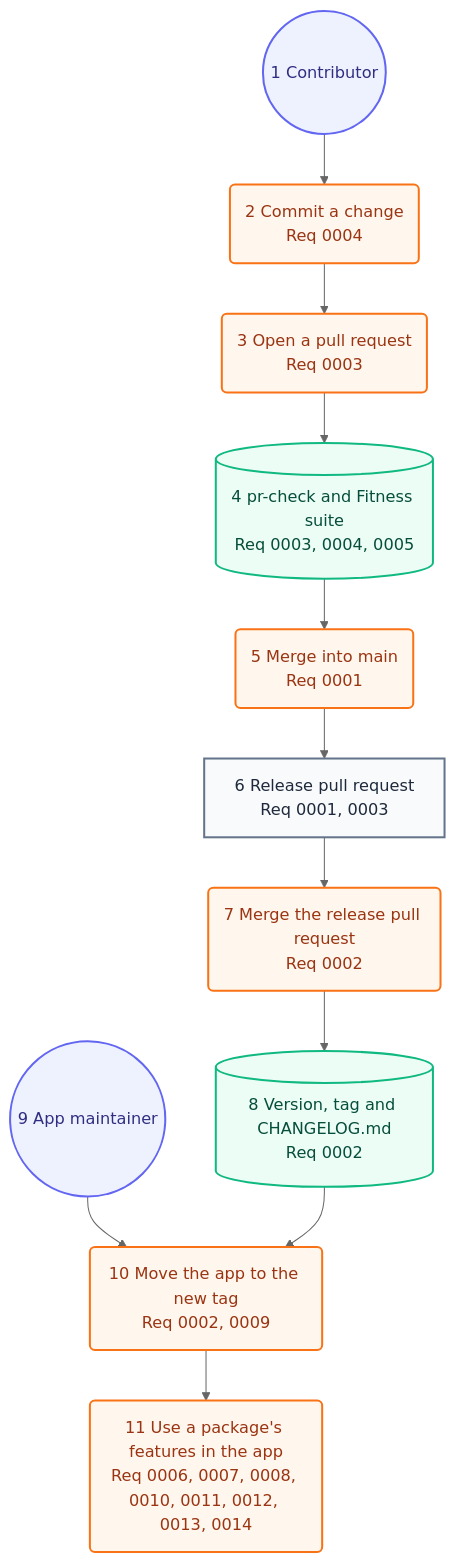
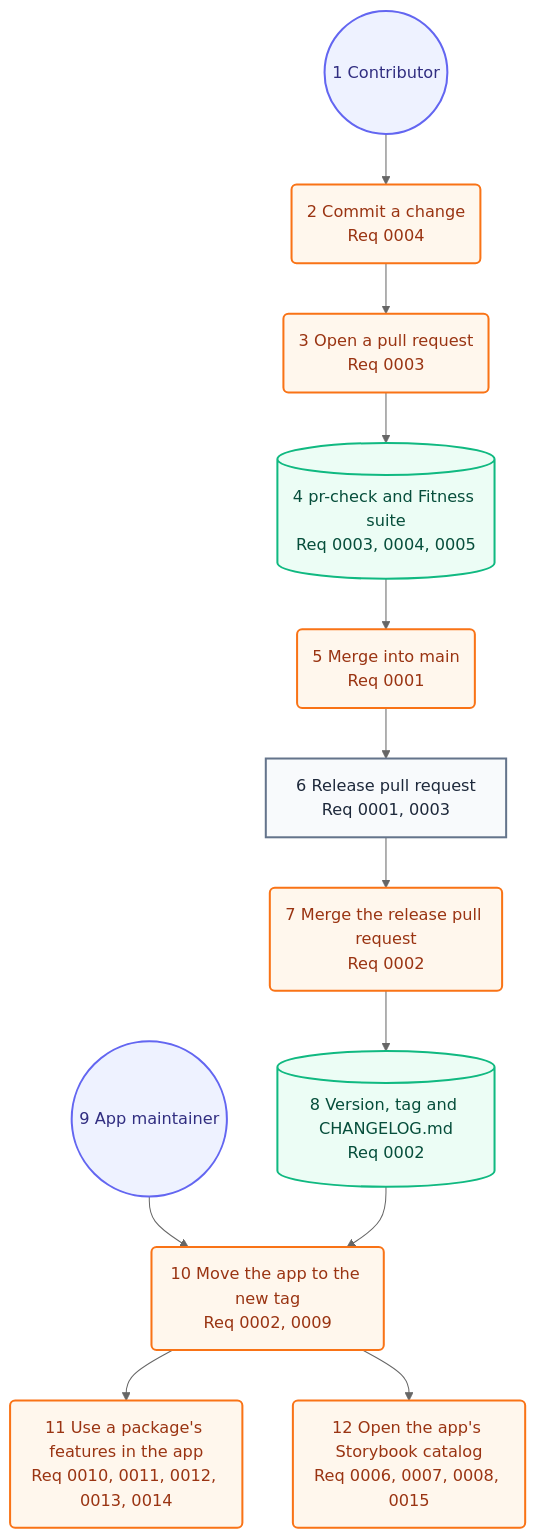
The second of 2 diagrams in docs/architecture/05-user-journey.md (may-journal/common-swift), drawn with Mermaid (neutral theme) before and after one commit. The commit also changed other lines of this file and 67 other files, not shown here.

````diff
--- a/docs/architecture/05-user-journey.md
+++ b/docs/architecture/05-user-journey.md
@@ -33,30 +33,32 @@
 ```mermaid
 flowchart TB
     contributor((1 Contributor)):::persona
     commit(2 Commit a change<br/>Req 0004):::action
     open(3 Open a pull request<br/>Req 0003):::action
     checks[(4 pr-check and Fitness suite<br/>Req 0003, 0004, 0005)]:::system
     merge(5 Merge into main<br/>Req 0001):::action
     releasePR[6 Release pull request<br/>Req 0001, 0003]:::screen
     release(7 Merge the release pull request<br/>Req 0002):::action
     tag[(8 Version, tag and CHANGELOG.md<br/>Req 0002)]:::system
     maintainer((9 App maintainer)):::persona
     update(10 Move the app to the new tag<br/>Req 0002, 0009):::action
-    adopt(11 Use a package's features in the app<br/>Req 0006, 0007, 0008, 0010, 0011, 0012, 0013, 0014):::action
+    adopt(11 Use a package's features in the app<br/>Req 0010, 0011, 0012, 0013, 0014):::action
+    storybook(12 Open the app's Storybook catalog<br/>Req 0006, 0007, 0008, 0015):::action
 
     contributor --> commit
     commit --> open
     open --> checks
     checks --> merge
     merge --> releasePR
     releasePR --> release
     release --> tag
     maintainer --> update
     tag --> update
     update --> adopt
+    update --> storybook
 
     classDef persona fill:#eef2ff,stroke:#6366f1,color:#312e81,stroke-width:2px
     classDef screen fill:#f8fafc,stroke:#64748b,color:#1e293b,stroke-width:2px
     classDef action fill:#fff7ed,stroke:#f97316,color:#9a3412,stroke-width:2px
     classDef system fill:#ecfdf5,stroke:#10b981,color:#064e3b,stroke-width:2px
 ```
````
